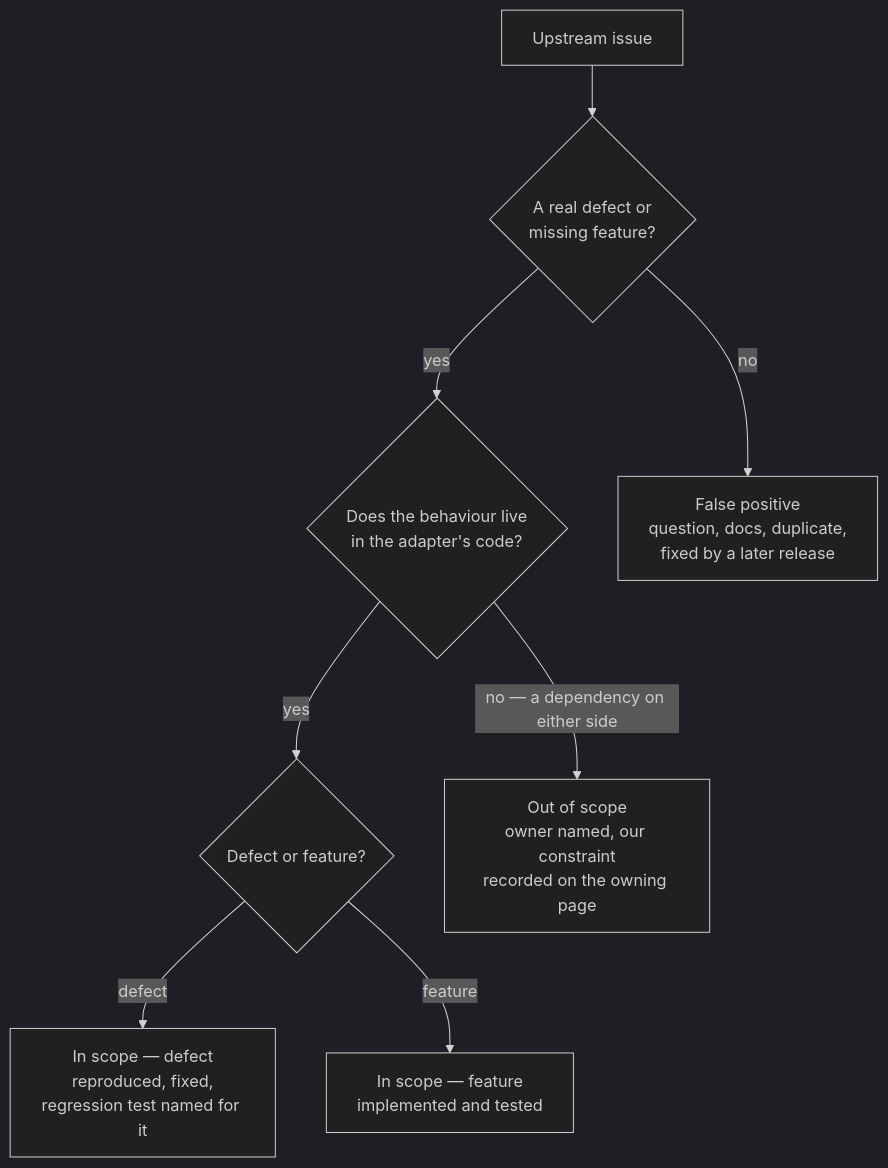
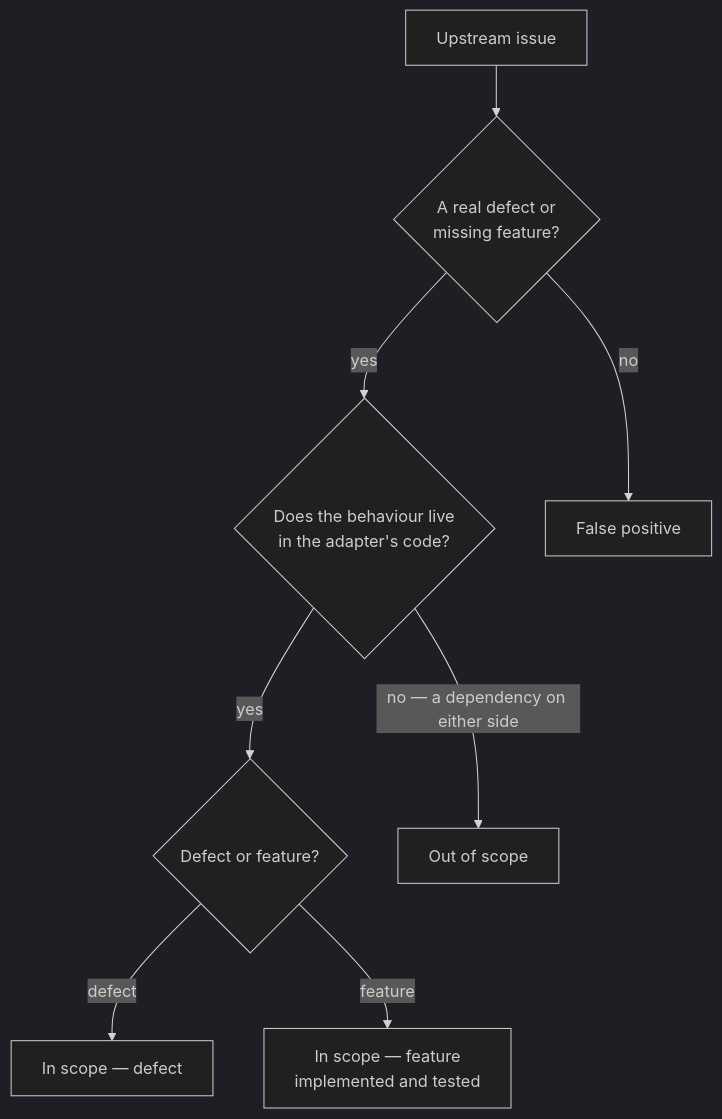
The third of 3 diagrams in openspec/specs/architecture/dependency-admission/design.md (Esposter/Esposter), drawn with Mermaid (dark theme) before and after one commit. The commit also changed other lines of this file and 6 other files, not shown here.

````diff
--- a/openspec/specs/architecture/dependency-admission/design.md
+++ b/openspec/specs/architecture/dependency-admission/design.md
@@ -166,18 +166,18 @@
 ```mermaid
 flowchart TD
   issue["Upstream issue"]
   real{"A real defect or<br/>missing feature?"}
   whose{"Does the behaviour live<br/>in the adapter's code?"}
   kind{"Defect or feature?"}
-  falsePositive["False positive<br/>question, docs, duplicate,<br/>fixed by a later release"]
-  outOfScope["Out of scope<br/>owner named, our constraint<br/>recorded on the owning page"]
-  defect["In scope — defect<br/>reproduced, fixed,<br/>regression test named for it"]
+  falsePositive["False positive"]
+  outOfScope["Out of scope"]
+  defect["In scope — defect"]
   feature["In scope — feature<br/>implemented and tested"]
   issue --> real
   real -->|no| falsePositive
   real -->|yes| whose
   whose -->|"no — a dependency on either side"| outOfScope
   whose -->|yes| kind
   kind -->|defect| defect
   kind -->|feature| feature
 ```
````
